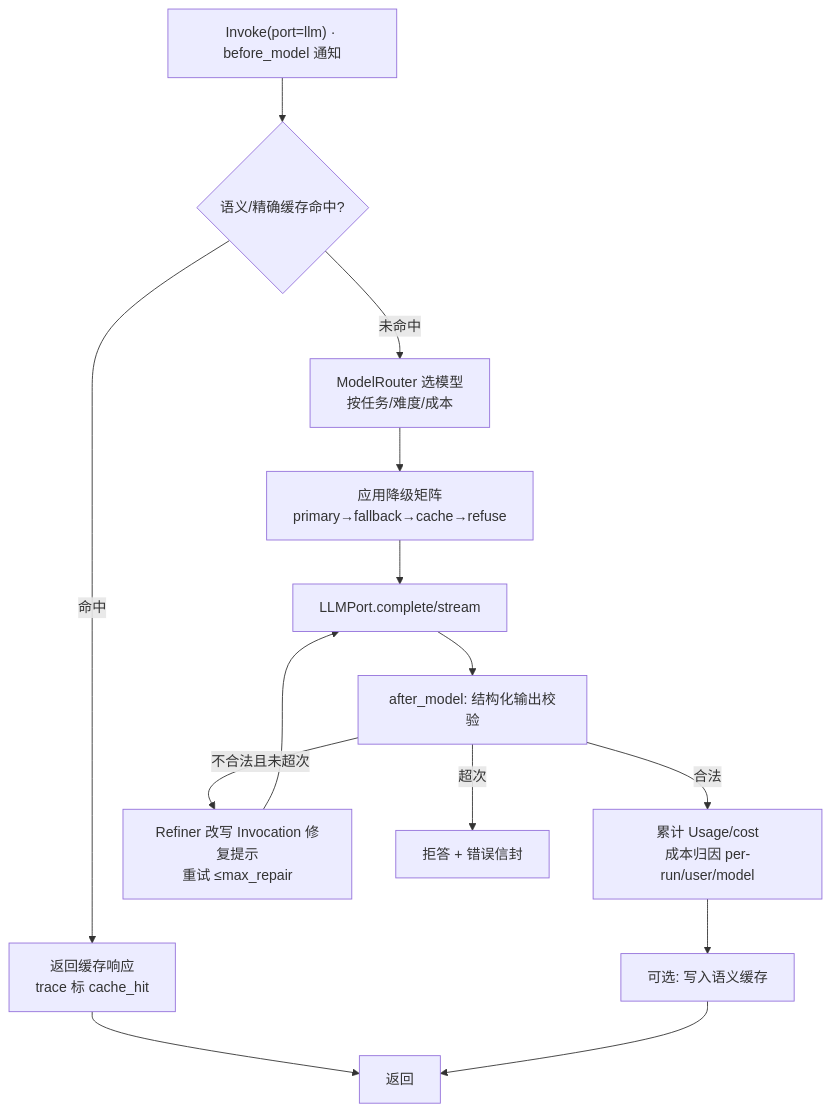
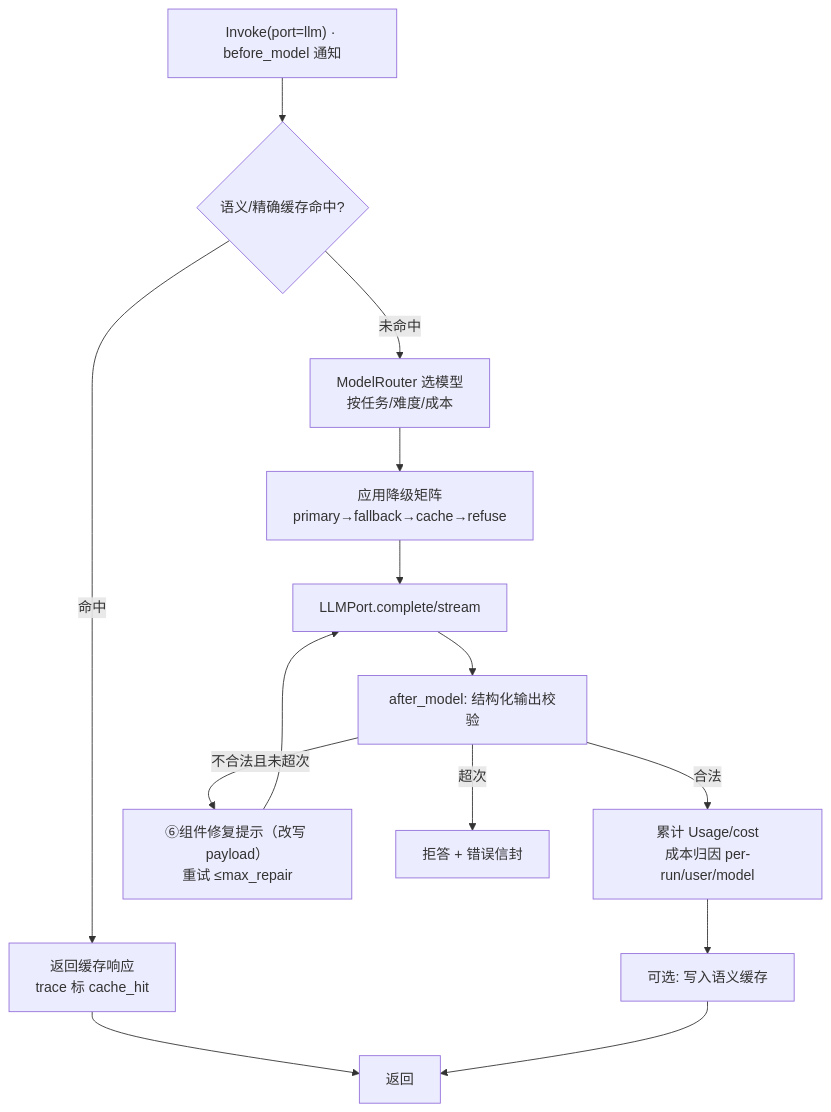
One commit to sao-lang/lll changed the sixth of 13 diagrams in docs/01-总览与设计/AGENT-总设计.md. Above: the diagram before and after it, drawn with Mermaid. The commit also changed other lines of this file and 159 other files, not shown here.

````diff
--- a/docs/01-总览与设计/AGENT-总设计.md
+++ b/docs/01-总览与设计/AGENT-总设计.md
@@ -813,16 +810,16 @@
 ```mermaid
 flowchart TD
     IN["Invoke(port=llm) · before_model 通知"] --> CACHE{"语义/精确缓存命中?"}
     CACHE -->|命中| RET["返回缓存响应<br/>trace 标 cache_hit"]
     CACHE -->|未命中| ROUTE["ModelRouter 选模型<br/>按任务/难度/成本"]
     ROUTE --> DGR["应用降级矩阵<br/>primary→fallback→cache→refuse"]
     DGR --> CALL["LLMPort.complete/stream"]
     CALL --> STRU["after_model: 结构化输出校验"]
     STRU -->|合法| USAGE["累计 Usage/cost<br/>成本归因 per-run/user/model"]
-    STRU -->|不合法且未超次| REPAIR["Refiner 改写 Invocation 修复提示<br/>重试 ≤max_repair"]
+    STRU -->|不合法且未超次| REPAIR["⑥组件修复提示（改写 payload）<br/>重试 ≤max_repair"]
     REPAIR --> CALL
     STRU -->|超次| REFUSE["拒答 + 错误信封"]
     USAGE --> STORE["可选: 写入语义缓存"]
     RET --> OUT["返回"]
     STORE --> OUT
 ```
````
